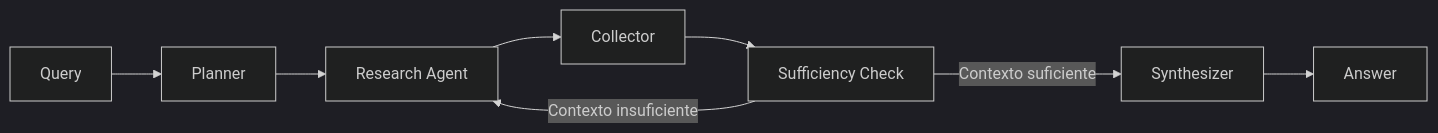
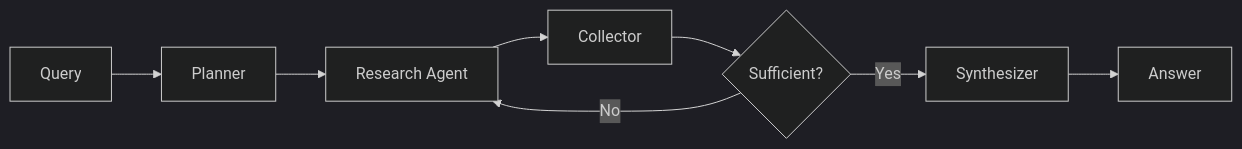
The fourth of 26 diagrams in README.md (Rogerio5/INNA-AI-Engineering-Portfolio), drawn with Mermaid (dark theme) before and after one commit. The commit also changed other lines of this file, not shown here.

````diff
--- a/README.md
+++ b/README.md
@@ -186,19 +199,19 @@
 ```mermaid
 flowchart LR
 
     Q[Query]
 
     Q --> P[Planner]
 
     P --> R[Research Agent]
 
     R --> C[Collector]
 
-    C --> S[Sufficiency Check]
+    C --> S{Sufficient?}
 
-    S -->|Contexto insuficiente| R
+    S -->|No| R
 
-    S -->|Contexto suficiente| Y[Synthesizer]
+    S -->|Yes| Y[Synthesizer]
 
     Y --> A[Answer]
 ```
````
